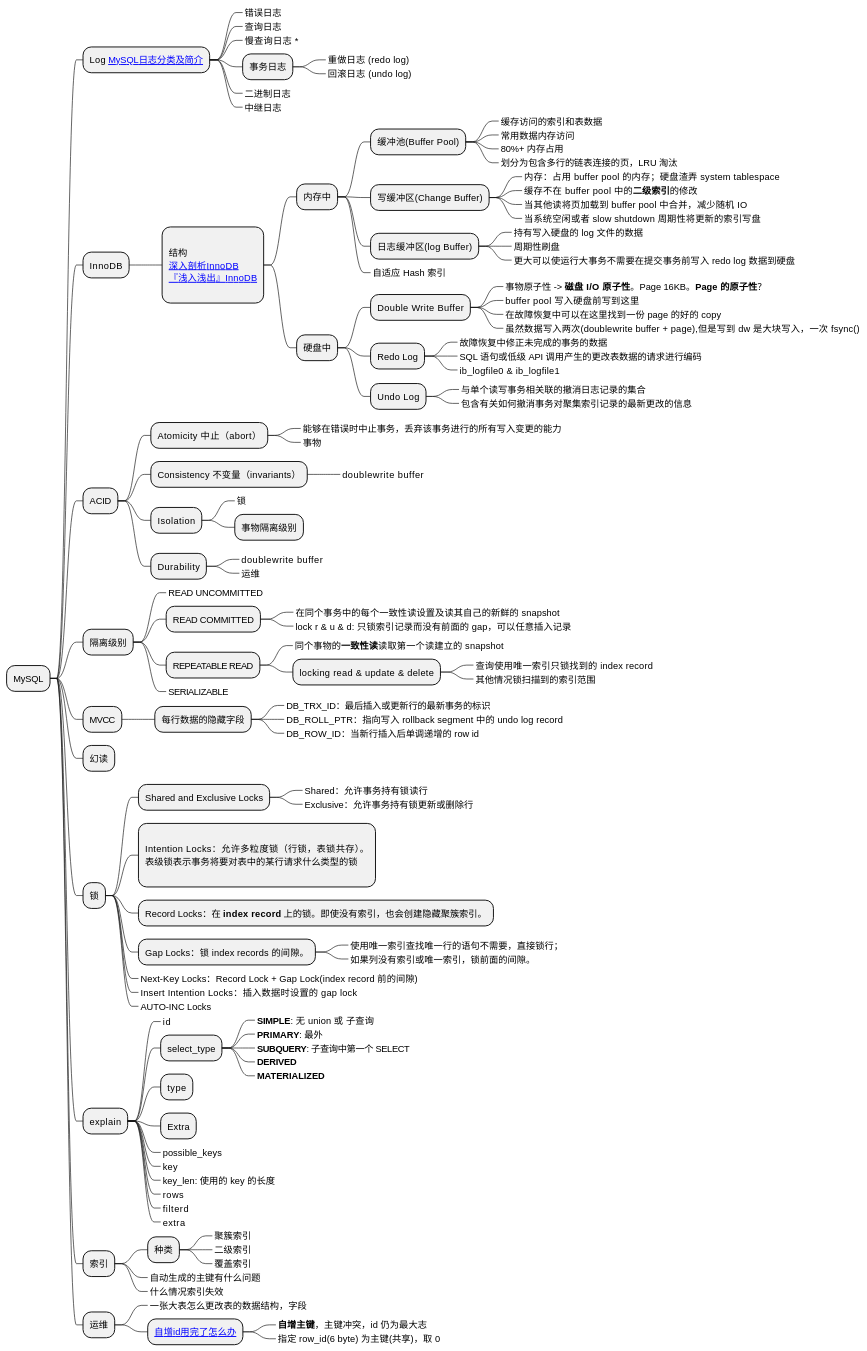
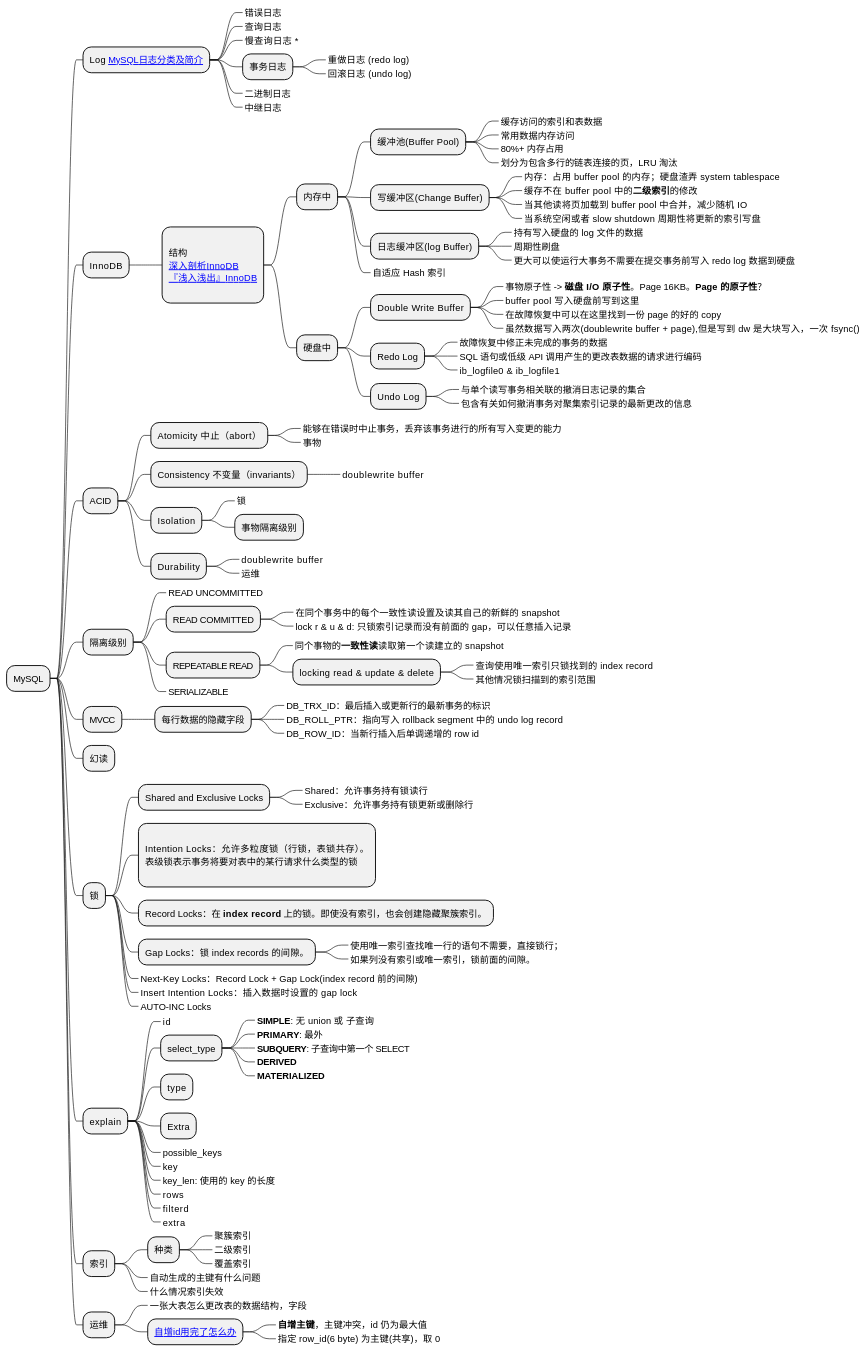
Before and after one commit to Gh0st99/Gh0st99.github.io: the third of 11 diagrams in _posts/2021-05-27-查漏补缺.md, drawn with PlantUML. The commit also changed other lines of this file, not shown here.

```diff
--- a/_posts/2021-05-27-查漏补缺.md
+++ b/_posts/2021-05-27-查漏补缺.md
@@ -509,7 +508,7 @@
 ** 运维
 ***_ 一张大表怎么更改表的数据结构，字段
 *** [[https://segmentfault.com/a/1190000023810042 自增id用完了怎么办]]
-****_ **自增主键**，主键冲突，id 仍为最大志
+****_ **自增主键**，主键冲突，id 仍为最大值
 ****_ 指定 row_id(6 byte) 为主键(共享)，取 0
 
 @endmindmap
```
